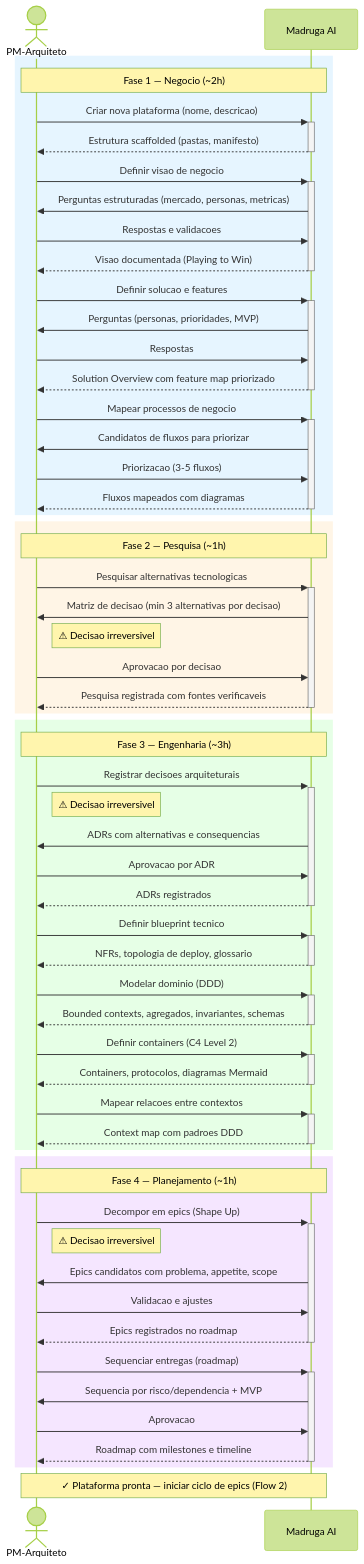
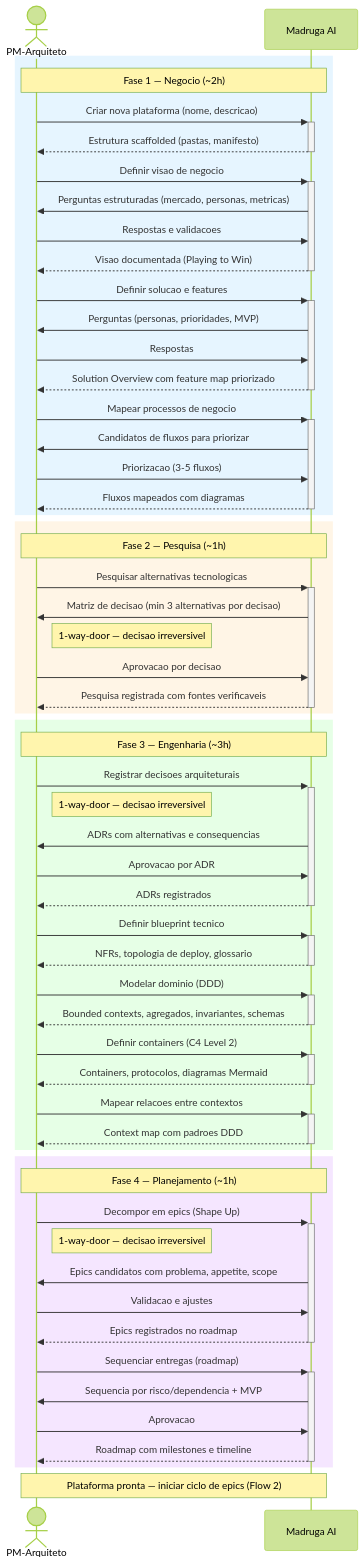
One commit to paceautomations/madruga.ai changed the second of 12 diagrams in platforms/madruga-ai/business/process.md. Above: the diagram before and after it, drawn with Mermaid (forest theme). The commit also changed other lines of this file and 9 other files, not shown here.

````diff
--- a/platforms/madruga-ai/business/process.md
+++ b/platforms/madruga-ai/business/process.md
@@ -120,72 +128,72 @@
 ```mermaid
 sequenceDiagram
     actor PM as PM-Arquiteto
     participant Plataforma as Madruga AI
 
     rect rgb(230, 245, 255)
     note over PM, Plataforma: Fase 1 — Negocio (~2h)
     PM->>+Plataforma: Criar nova plataforma (nome, descricao)
     Plataforma-->>-PM: Estrutura scaffolded (pastas, manifesto)
 
     PM->>+Plataforma: Definir visao de negocio
     Plataforma->>PM: Perguntas estruturadas (mercado, personas, metricas)
     PM->>Plataforma: Respostas e validacoes
     Plataforma-->>-PM: Visao documentada (Playing to Win)
 
     PM->>+Plataforma: Definir solucao e features
     Plataforma->>PM: Perguntas (personas, prioridades, MVP)
     PM->>Plataforma: Respostas
     Plataforma-->>-PM: Solution Overview com feature map priorizado
 
     PM->>+Plataforma: Mapear processos de negocio
     Plataforma->>PM: Candidatos de fluxos para priorizar
     PM->>Plataforma: Priorizacao (3-5 fluxos)
     Plataforma-->>-PM: Fluxos mapeados com diagramas
     end
 
     rect rgb(255, 245, 230)
     note over PM, Plataforma: Fase 2 — Pesquisa (~1h)
     PM->>+Plataforma: Pesquisar alternativas tecnologicas
     Plataforma->>PM: Matriz de decisao (min 3 alternativas por decisao)
-    note right of PM: ⚠ Decisao irreversivel
+    note right of PM: 1-way-door — decisao irreversivel
     PM->>Plataforma: Aprovacao por decisao
     Plataforma-->>-PM: Pesquisa registrada com fontes verificaveis
     end
 
     rect rgb(230, 255, 230)
     note over PM, Plataforma: Fase 3 — Engenharia (~3h)
     PM->>+Plataforma: Registrar decisoes arquiteturais
-    note right of PM: ⚠ Decisao irreversivel
+    note right of PM: 1-way-door — decisao irreversivel
     Plataforma->>PM: ADRs com alternativas e consequencias
     PM->>Plataforma: Aprovacao por ADR
     Plataforma-->>-PM: ADRs registrados
 
     PM->>+Plataforma: Definir blueprint tecnico
     Plataforma-->>-PM: NFRs, topologia de deploy, glossario
 
     PM->>+Plataforma: Modelar dominio (DDD)
     Plataforma-->>-PM: Bounded contexts, agregados, invariantes, schemas
 
     PM->>+Plataforma: Definir containers (C4 Level 2)
     Plataforma-->>-PM: Containers, protocolos, diagramas Mermaid
 
     PM->>+Plataforma: Mapear relacoes entre contextos
     Plataforma-->>-PM: Context map com padroes DDD
     end
 
     rect rgb(245, 230, 255)
     note over PM, Plataforma: Fase 4 — Planejamento (~1h)
     PM->>+Plataforma: Decompor em epics (Shape Up)
-    note right of PM: ⚠ Decisao irreversivel
+    note right of PM: 1-way-door — decisao irreversivel
     Plataforma->>PM: Epics candidatos com problema, appetite, scope
     PM->>Plataforma: Validacao e ajustes
     Plataforma-->>-PM: Epics registrados no roadmap
 
     PM->>+Plataforma: Sequenciar entregas (roadmap)
     Plataforma->>PM: Sequencia por risco/dependencia + MVP
     PM->>Plataforma: Aprovacao
     Plataforma-->>-PM: Roadmap com milestones e timeline
     end
 
-    note over PM, Plataforma: ✓ Plataforma pronta — iniciar ciclo de epics (Flow 2)
+    note over PM, Plataforma: Plataforma pronta — iniciar ciclo de epics (Flow 2)
 ```
````
